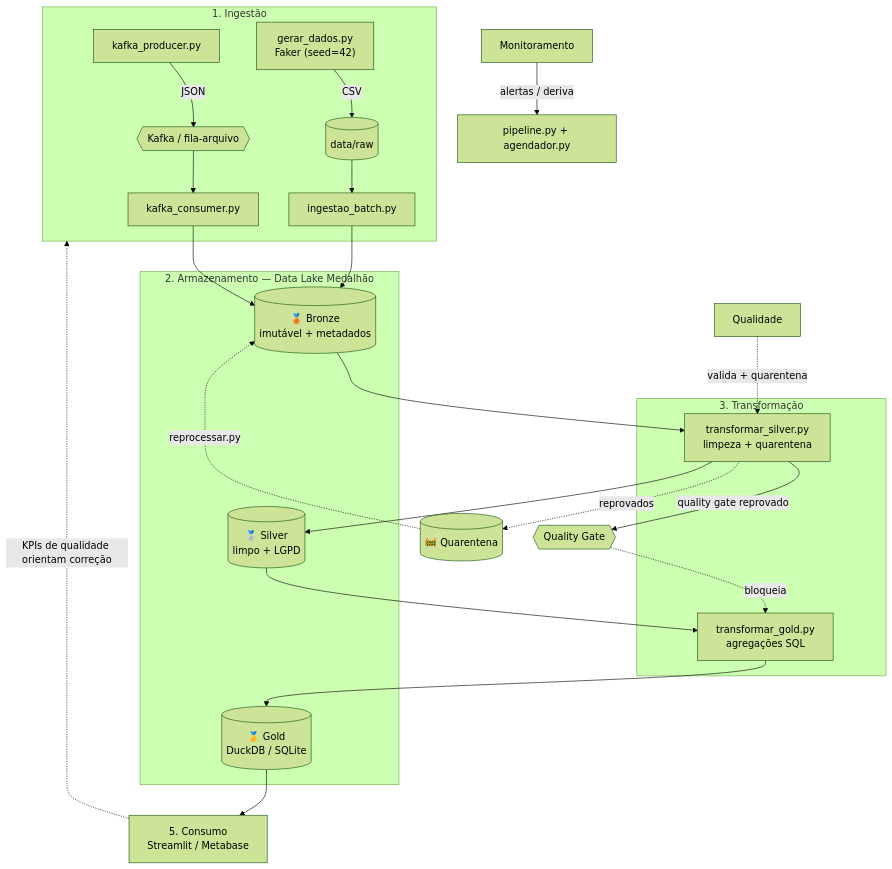
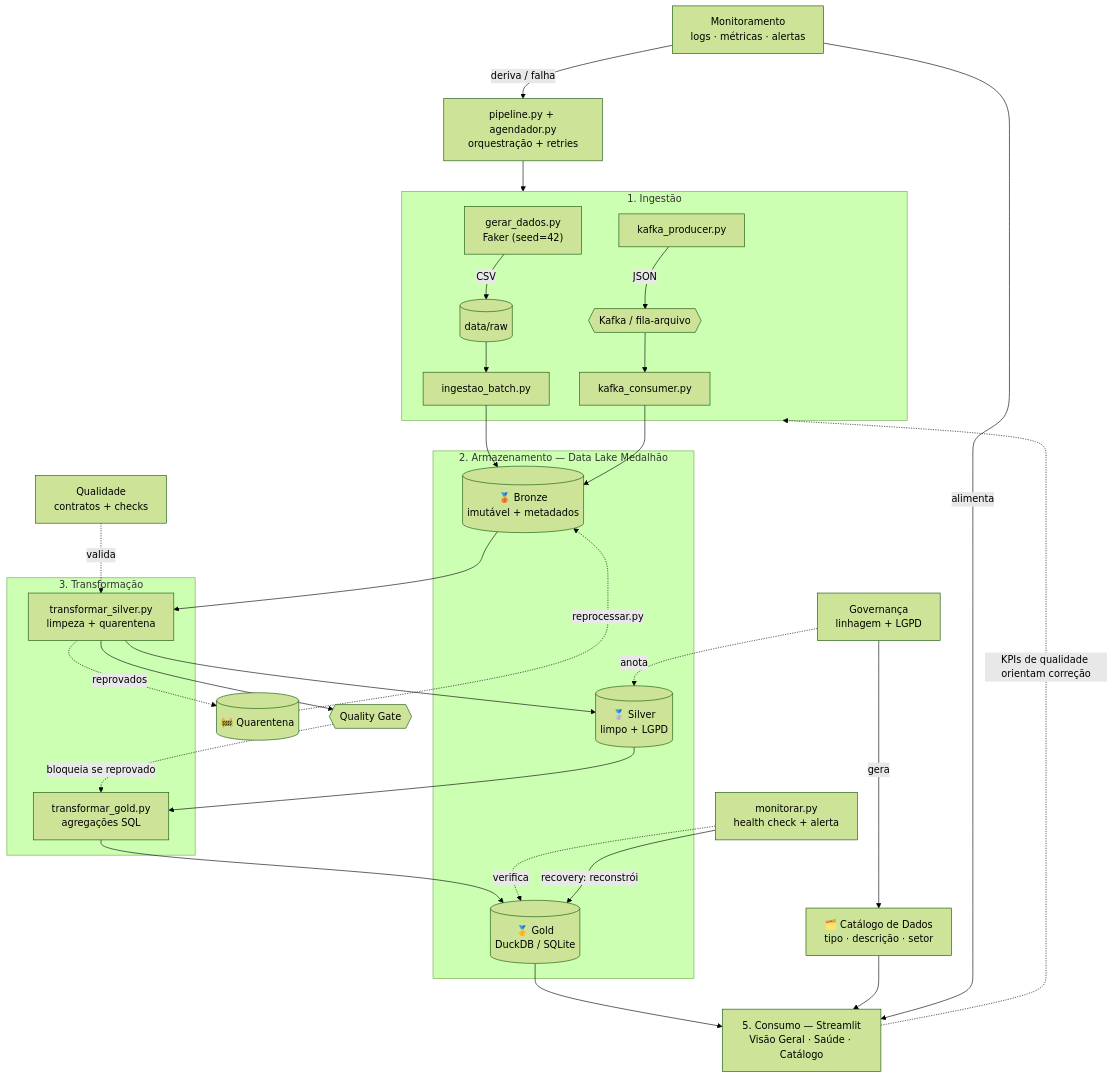
One commit to IsaPoppi/BiblioData changed the second of 2 diagrams in README.md. Above: the diagram before and after it, drawn with Mermaid (forest theme). The commit also changed other lines of this file and 7 other files, not shown here.

````diff
--- a/README.md
+++ b/README.md
@@ -171,32 +169,44 @@
 ```mermaid
 flowchart TB
     subgraph ING["1. Ingestão"]
         FK["gerar_dados.py<br/>Faker (seed=42)"] -->|CSV| RAW[(data/raw)]
         RAW --> IB["ingestao_batch.py"]
         KP["kafka_producer.py"] -->|JSON| Q{{"Kafka / fila-arquivo"}}
         Q --> KC["kafka_consumer.py"]
     end
     subgraph LAKE["2. Armazenamento — Data Lake Medalhão"]
         BR[("🥉 Bronze<br/>imutável + metadados")]
         SI[("🥈 Silver<br/>limpo + LGPD")]
         GO[("🥇 Gold<br/>DuckDB / SQLite")]
     end
     subgraph TRANS["3. Transformação"]
         TS["transformar_silver.py<br/>limpeza + quarentena"]
         TG["transformar_gold.py<br/>agregações SQL"]
     end
-    DASH["5. Consumo<br/>Streamlit / Metabase"]
+    DASH["5. Consumo — Streamlit<br/>Visão Geral · Saúde · Catálogo"]
 
     IB --> BR
     KC --> BR
     BR --> TS --> SI --> TG --> GO --> DASH
 
-    QC["Qualidade"] -. valida + quarentena .-> TS
+    %% Qualidade, quarentena e quality gate
+    QC["Qualidade<br/>contratos + checks"] -. valida .-> TS
     QUAR[("🚧 Quarentena")]
     TS -.->|reprovados| QUAR
-    TS -->|quality gate reprovado| GATE{{"Quality Gate"}}
-    GATE -. bloqueia .-> TG
-    MON["Monitoramento"] -->|alertas / deriva| ORQ["pipeline.py + agendador.py"]
+    TS --> GATE{{"Quality Gate"}}
+    GATE -. bloqueia se reprovado .-> TG
     QUAR -.->|reprocessar.py| BR
+
+    %% Governança e Catálogo de Dados
+    GOV["Governança<br/>linhagem + LGPD"] -. anota .-> SI
+    GOV -->|gera| CAT["🗂️ Catálogo de Dados<br/>tipo · descrição · setor"]
+    CAT --> DASH
+
+    %% Monitoramento, Health Check e Recovery
+    MON["Monitoramento<br/>logs · métricas · alertas"] -->|alimenta| DASH
+    HEALTH["monitorar.py<br/>health check + alerta"] -. verifica .-> GO
+    HEALTH -->|recovery: reconstrói| GO
+    ORQ["pipeline.py + agendador.py<br/>orquestração + retries"] --> ING
+    MON -->|deriva / falha| ORQ
     DASH -.->|KPIs de qualidade orientam correção| ING
 ```
````
